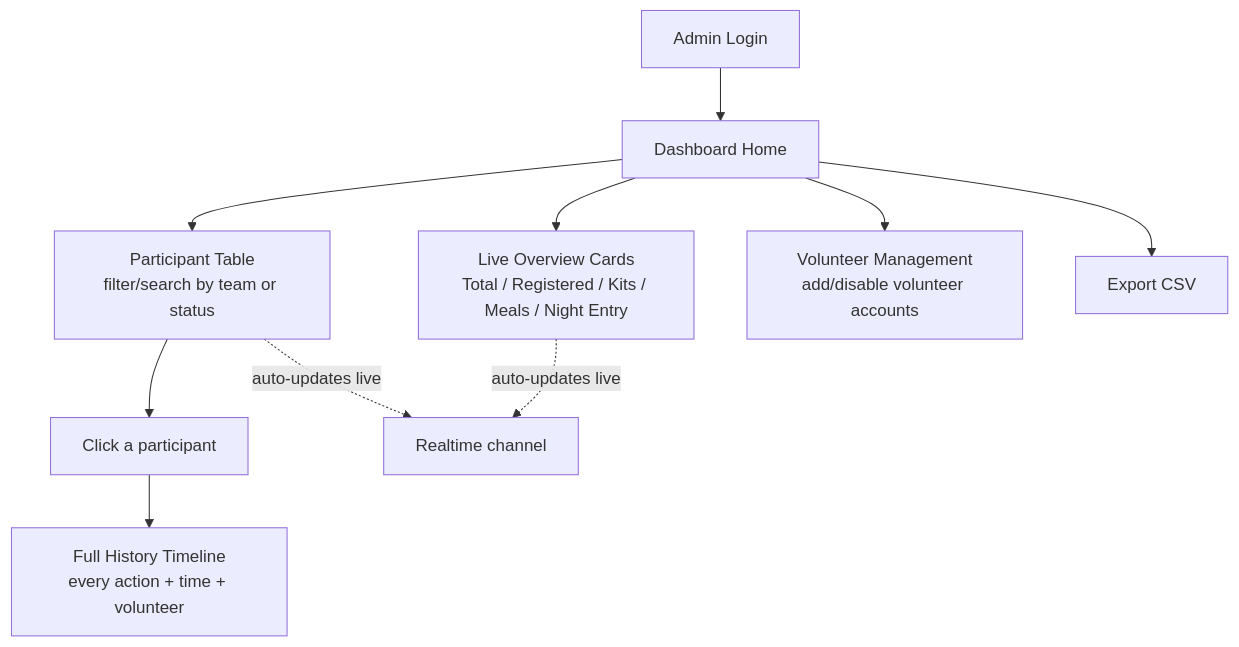
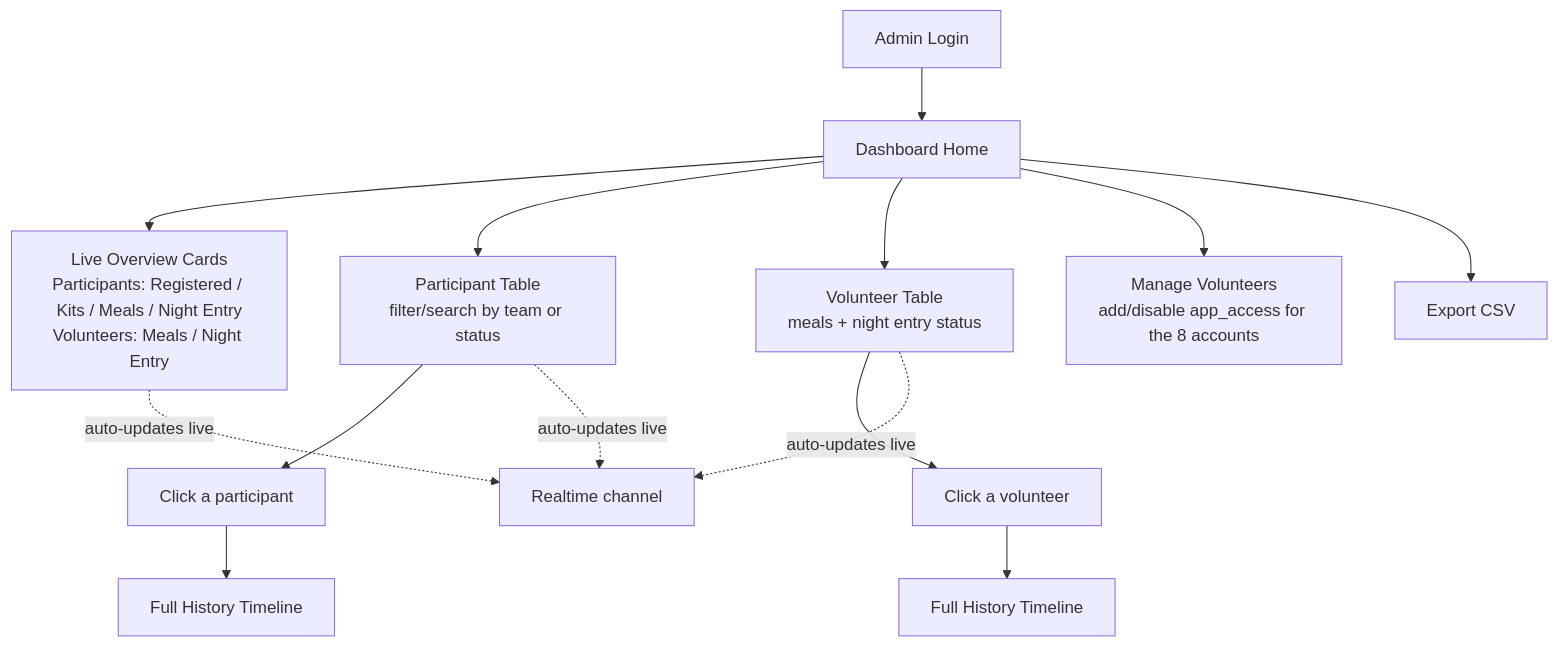
One commit to Prayas4590/TechForge2.0_App changed the fifth of 22 diagrams in Event_Entry.md. Above: the diagram before and after it, drawn with Mermaid. The commit also changed other lines of this file, not shown here.

````diff
--- a/Event_Entry.md
+++ b/Event_Entry.md
@@ -206,12 +283,16 @@
 ```mermaid
 flowchart TD
     AL[Admin Login] --> D[Dashboard Home]
-    D --> OV[Live Overview Cards<br/>Total / Registered / Kits / Meals / Night Entry]
+    D --> OV[Live Overview Cards<br/>Participants: Registered / Kits / Meals / Night Entry<br/>Volunteers: Meals / Night Entry]
     D --> PT[Participant Table<br/>filter/search by team or status]
+    D --> VT[Volunteer Table<br/>meals + night entry status]
     PT --> PP[Click a participant]
-    PP --> PH[Full History Timeline<br/>every action + time + volunteer]
-    D --> VM[Volunteer Management<br/>add/disable volunteer accounts]
+    VT --> VP[Click a volunteer]
+    PP --> PH[Full History Timeline]
+    VP --> VH[Full History Timeline]
+    D --> VM[Manage Volunteers<br/>add/disable app_access for the 8 accounts]
     D --> EX[Export CSV]
     OV -.->|auto-updates live| RTX[Realtime channel]
     PT -.->|auto-updates live| RTX
+    VT -.->|auto-updates live| RTX
 ```
````
